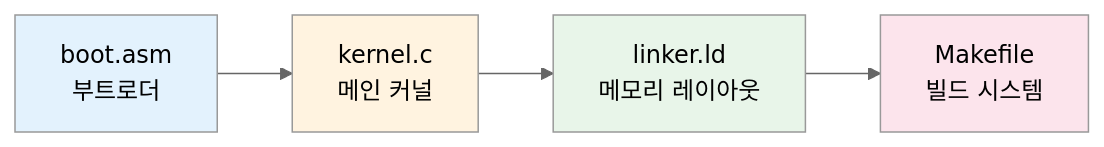
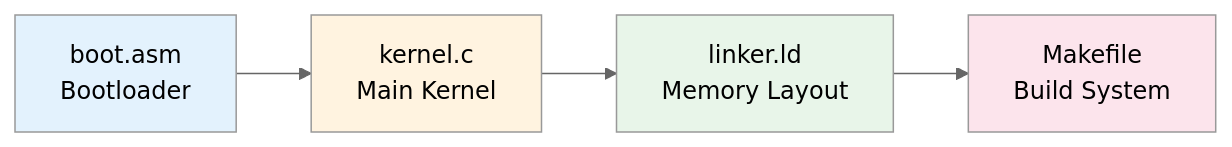
Before and after one commit to Choroning/26Spring_Operating-Systems: the third of 3 diagrams in W01_Introduction-to-Operating-Systems/Concepts-Lab.md, drawn with Mermaid (neutral theme). The commit also changed other lines of this file and 22 other files, not shown here.

````diff
--- a/W01_Introduction-to-Operating-Systems/Concepts-Lab.md
+++ b/W01_Introduction-to-Operating-Systems/Concepts-Lab.md
@@ -236,10 +236,10 @@
 ```mermaid
 graph LR
-    A["boot.asm<br/>부트로더"] --> B["kernel.c<br/>메인 커널"]
-    B --> C["linker.ld<br/>메모리 레이아웃"]
-    C --> D["Makefile<br/>빌드 시스템"]
+    A["boot.asm<br/>Bootloader"] --> B["kernel.c<br/>Main Kernel"]
+    B --> C["linker.ld<br/>Memory Layout"]
+    C --> D["Makefile<br/>Build System"]
     style A fill:#e3f2fd
     style B fill:#fff3e0
     style C fill:#e8f5e9
     style D fill:#fce4ec
 ```
````
